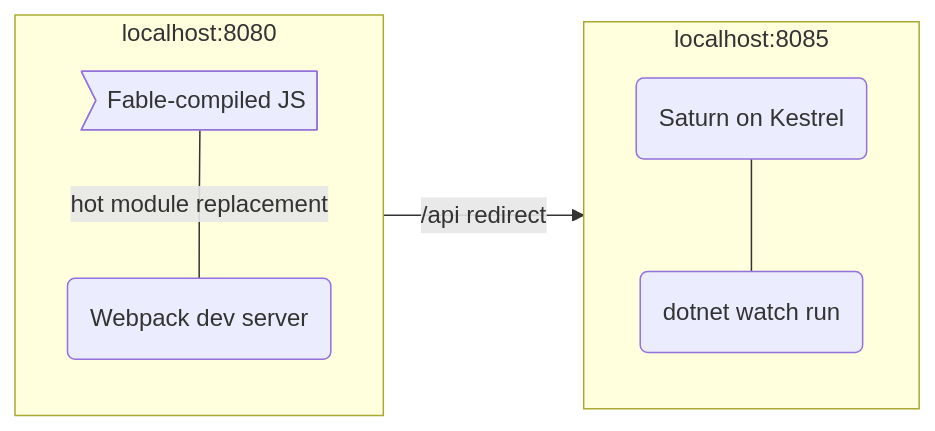
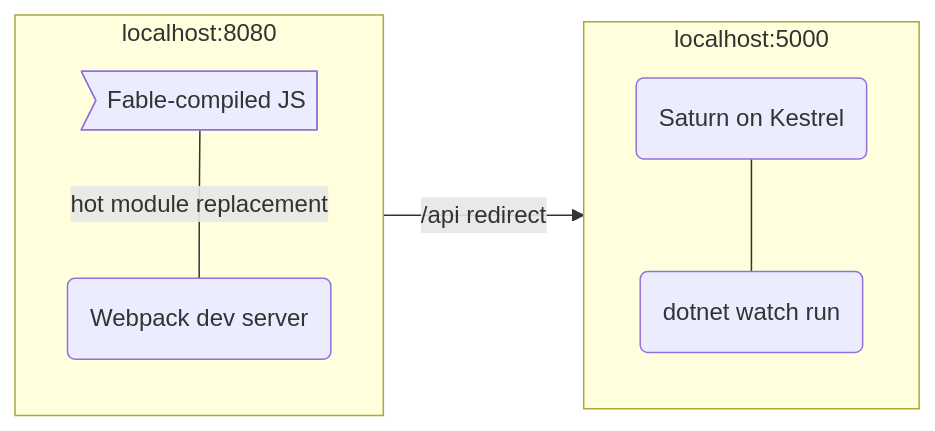
The first of 2 diagrams in docs/faq-build.md (SAFE-Stack/docs), drawn with Mermaid before and after one commit. The commit also changed 8 other files, not shown here.

````diff
--- a/docs/faq-build.md
+++ b/docs/faq-build.md
@@ -12,14 +12,14 @@
 ```mermaid
 flowchart LR
 subgraph c[localhost:8080]
 js>Fable-compiled JS]
 webpack(Webpack dev server)
 js -- hot module replacement --- webpack
 end
-subgraph s[localhost:8085]
+subgraph s[localhost:5000]
 dotnet(dotnet watch run)
 saturn(Saturn on Kestrel)
 saturn --- dotnet
 end
 c -- /api redirect --> s
 ```
````
